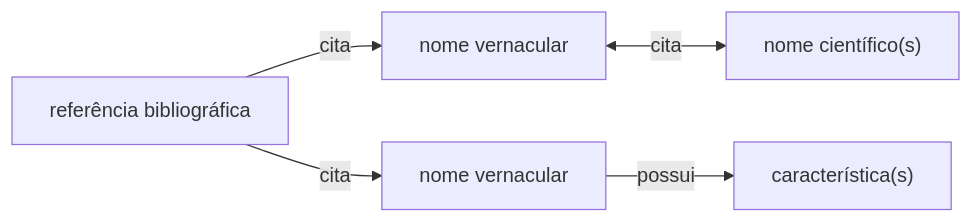
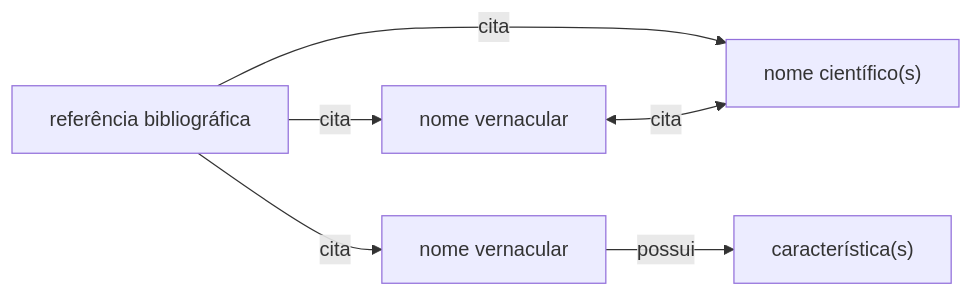
One commit to edalcin/Estrutura-de-Dados-Etnobotanicos changed the diagram in README.md. Above: the diagram before and after it, drawn with Mermaid.

````diff
--- a/README.md
+++ b/README.md
@@ -9,7 +9,8 @@
 ```mermaid
 flowchart LR
     1[referência bibliográfica] --cita--> A
     1 --cita--> C
+    1 --cita--> B
     A[nome vernacular] <-- cita --> B["nome científico(s)"]
     C[nome vernacular] -- possui --> D["característica(s)"]
 ```
````
